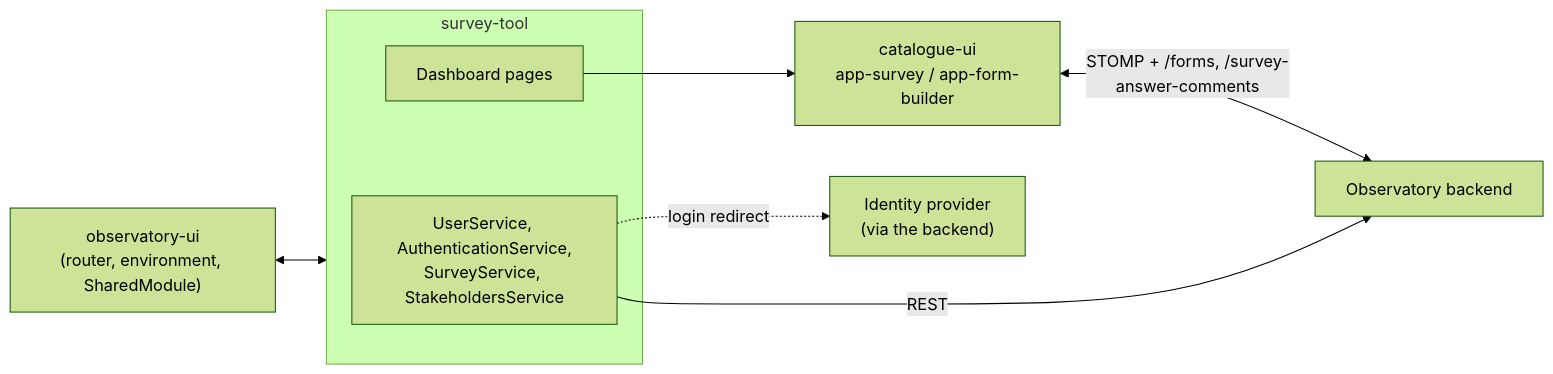
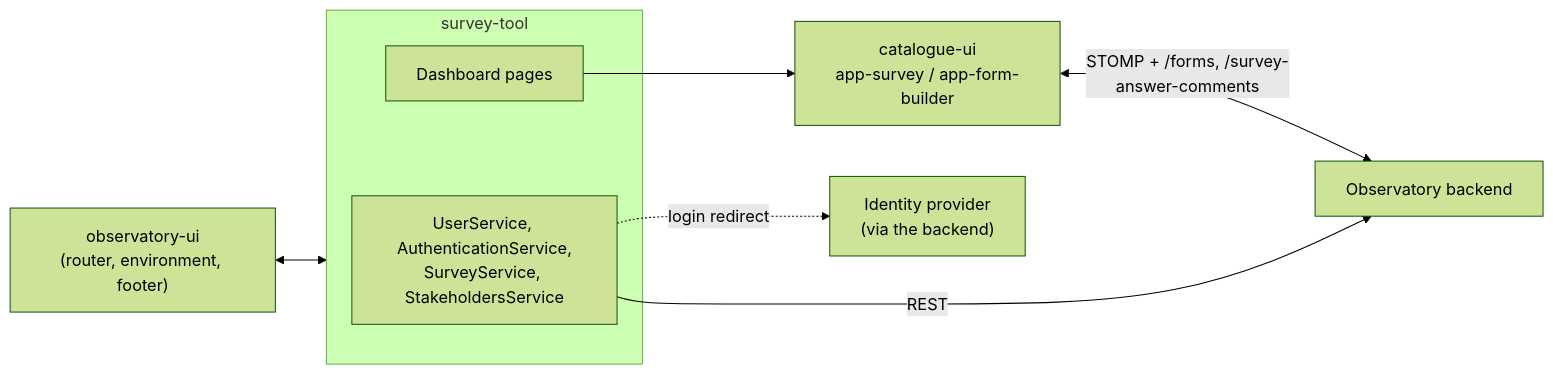
The diagram in docs/integration.md (madgeek-arc/survey-tool), drawn with Mermaid (forest theme) before and after one commit. The commit also changed other lines of this file and 4 other files, not shown here.

First line of the commit message:
refactor: import the footer directly and describe the host without SharedModule

````diff
--- a/docs/integration.md
+++ b/docs/integration.md
@@ -7,16 +7,16 @@
 ```mermaid
 flowchart LR
-    Host["observatory-ui<br/>(router, environment, SharedModule)"]
+    Host["observatory-ui<br/>(router, environment, footer)"]
     subgraph ST["survey-tool"]
         Services["UserService, AuthenticationService,<br/>SurveyService, StakeholdersService"]
         Dash["Dashboard pages"]
     end
     CU["catalogue-ui<br/>app-survey / app-form-builder"]
     API["Observatory backend"]
     IDP["Identity provider<br/>(via the backend)"]
     Host <--> ST
     Dash --> CU
     CU <-->|"STOMP + /forms, /survey-answer-comments"| API
     Services -->|REST| API
     Services -.->|"login redirect"| IDP
 ```
````
